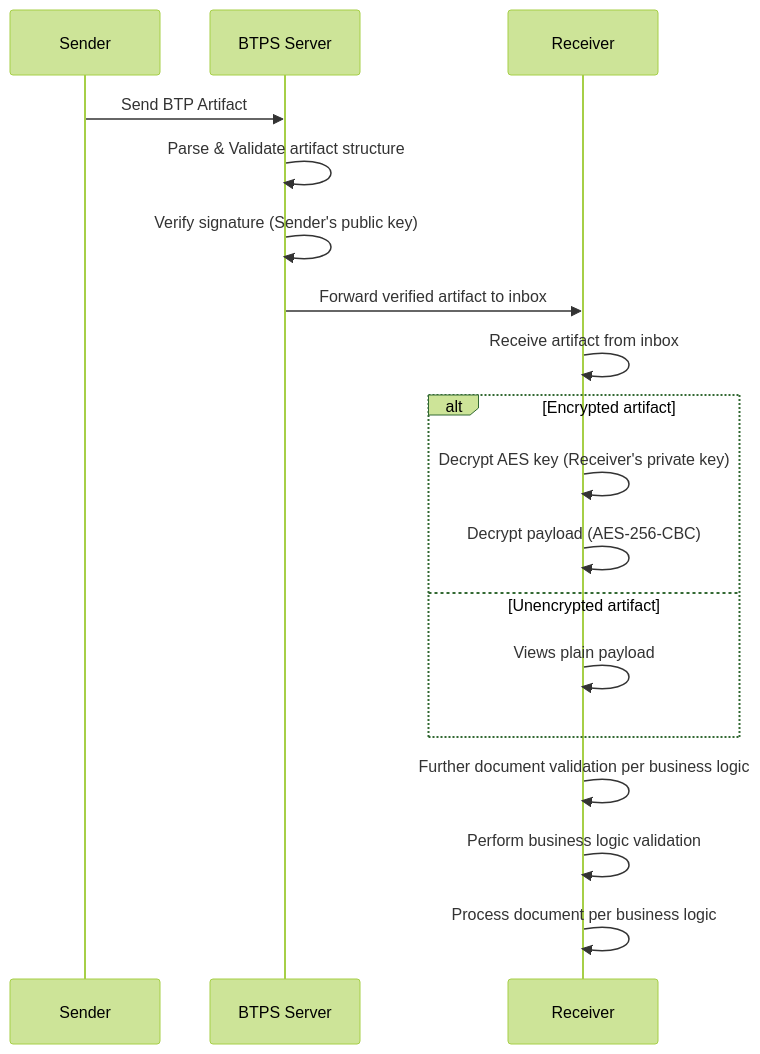
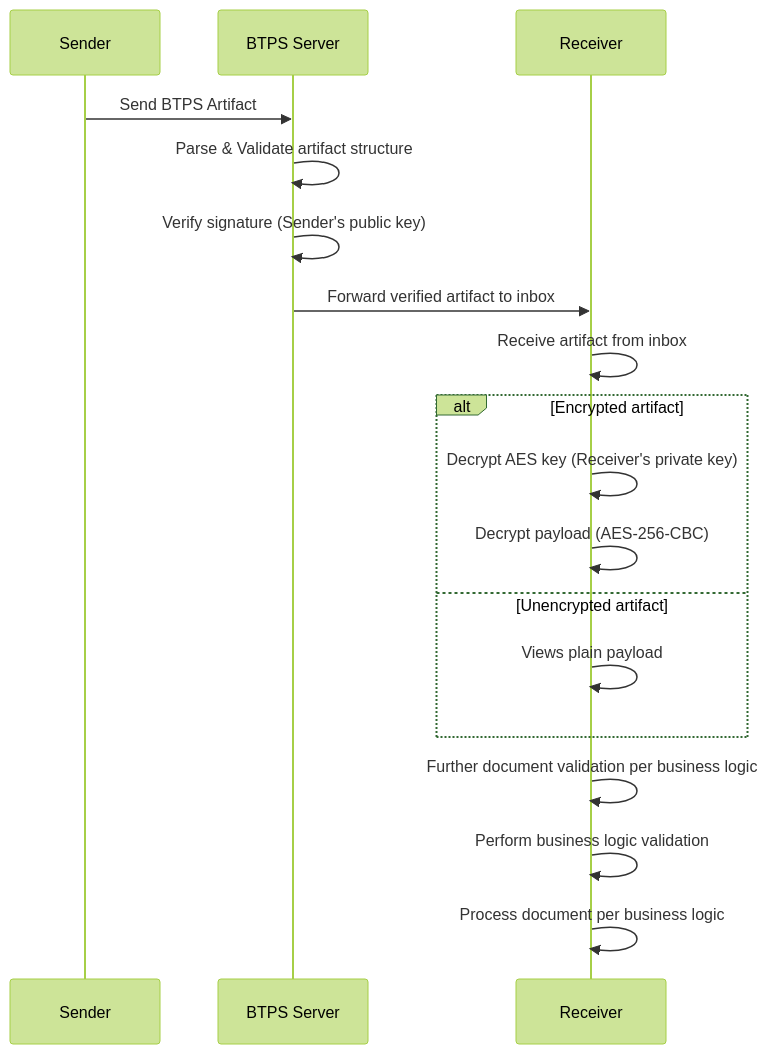
One commit to openbtps/btps-node changed the diagram in docs/docusaurus/docs/protocol/security/decryption.md. Above: the diagram before and after it, drawn with Mermaid (forest theme). The commit also changed other lines of this file and 19 other files, not shown here.

Commit message:
- updated BTP word to BTPS

````diff
--- a/docs/docusaurus/docs/protocol/security/decryption.md
+++ b/docs/docusaurus/docs/protocol/security/decryption.md
@@ -36,22 +39,22 @@
 ```mermaid
 sequenceDiagram
     participant Sender
     participant BTPS Server
     participant Receiver
-    
-    Sender->>BTPS Server: Send BTP Artifact
+
+    Sender->>BTPS Server: Send BTPS Artifact
     BTPS Server->>BTPS Server: Parse & Validate artifact structure
     BTPS Server->>BTPS Server: Verify signature (Sender's public key)
     BTPS Server->>Receiver: Forward verified artifact to inbox
-    
+
     Receiver->>Receiver: Receive artifact from inbox
     alt Encrypted artifact
         Receiver->>Receiver: Decrypt AES key (Receiver's private key)
         Receiver->>Receiver: Decrypt payload (AES-256-CBC)
     else Unencrypted artifact
         Receiver->>Receiver: Views plain payload
     end
     Receiver->>Receiver: Further document validation per business logic
     Receiver->>Receiver: Perform business logic validation
     Receiver->>Receiver: Process document per business logic
 ```
````
